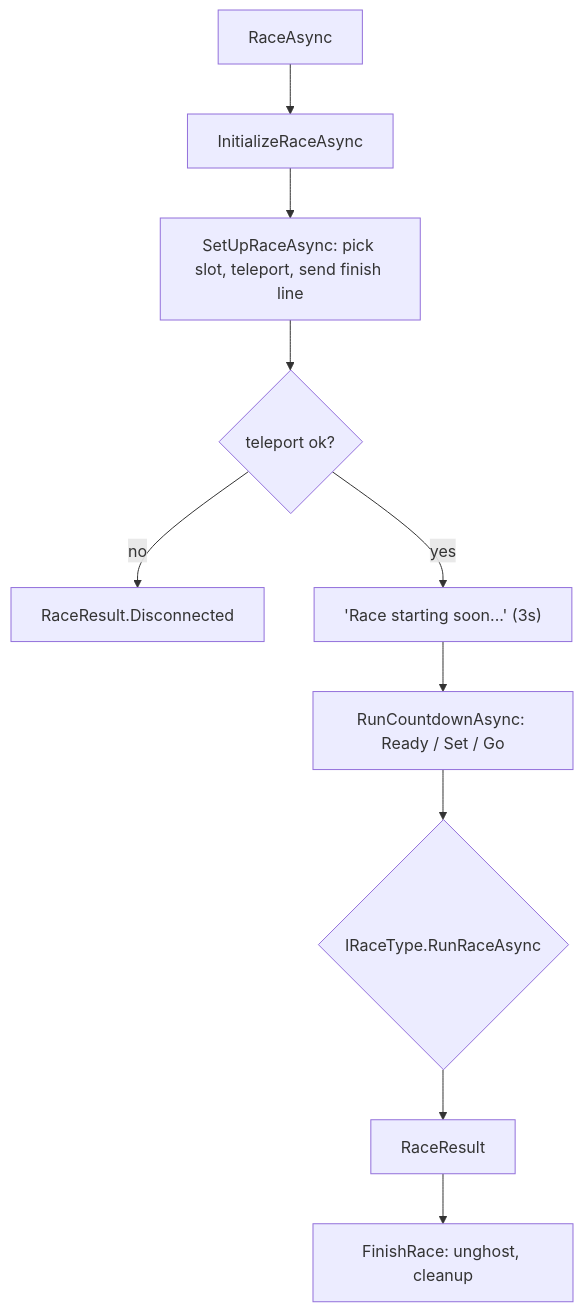
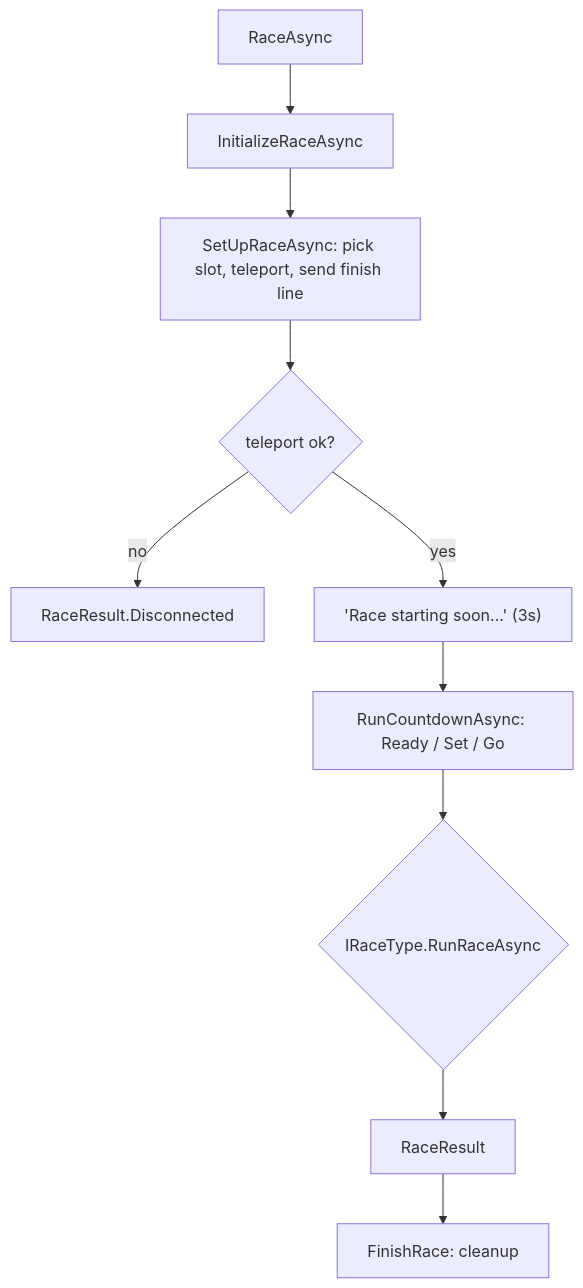
Before and after one commit to rockavoldy/TougePlugin: the fourth of 4 diagrams in Plugins/TougePlugin/ARCHITECTURE.md, drawn with Mermaid. The commit also changed other lines of this file and 36 other files, not shown here.

````diff
--- a/Plugins/TougePlugin/ARCHITECTURE.md
+++ b/Plugins/TougePlugin/ARCHITECTURE.md
@@ -269,12 +268,12 @@
 ```mermaid
 flowchart TD
     A[RaceAsync] --> B[InitializeRaceAsync]
     B --> C[SetUpRaceAsync: pick slot, teleport, send finish line]
     C --> D{"teleport ok?"}
     D -- no --> E[RaceResult.Disconnected]
     D -- yes --> F["'Race starting soon...' (3s)"]
     F --> G[RunCountdownAsync: Ready / Set / Go]
     G --> H{IRaceType.RunRaceAsync}
     H --> I[RaceResult]
-    I --> J[FinishRace: unghost, cleanup]
+    I --> J[FinishRace: cleanup]
 ```
````
